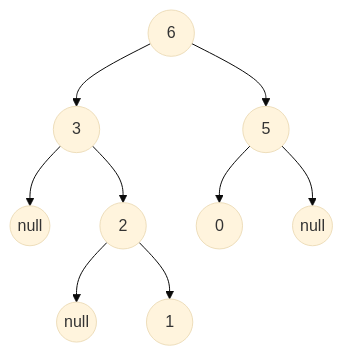
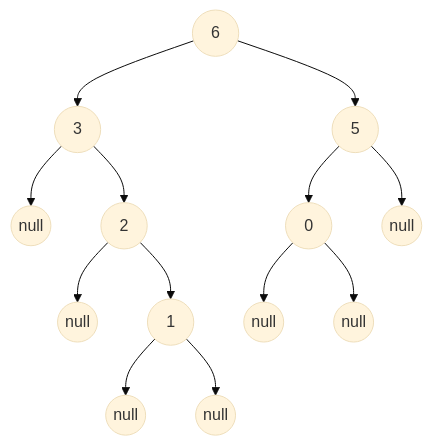
Before and after one commit to kiol1812/Problem-Set: the diagram in Problems/DivideAndConquer/PB/readme.md, drawn with Mermaid (base theme). The commit also changed other lines of this file and 9 other files, not shown here.

````diff
--- a/Problems/DivideAndConquer/PB/readme.md
+++ b/Problems/DivideAndConquer/PB/readme.md
@@ -31,12 +31,16 @@
 ```mermaid
 flowchart TD
     A((&ensp;&thinsp;6&thinsp;&ensp;))  
     A --> B((&thinsp;&ensp;3&thinsp;&ensp;))
     A --> C((&thinsp;&ensp;5&thinsp;&ensp;))
     B --> D((null))
     B --> E((&thinsp;&ensp;2&thinsp;&ensp;))
     C --> F((&thinsp;&ensp;0&thinsp;&ensp;))
     C --> G((null))
     E --> H((null))
     E --> I((&thinsp;&ensp;1&thinsp;&ensp;))
+    F --> J((null))
+    F --> K((null))
+    I --> L((null))
+    I --> M((null))
 ```
````
